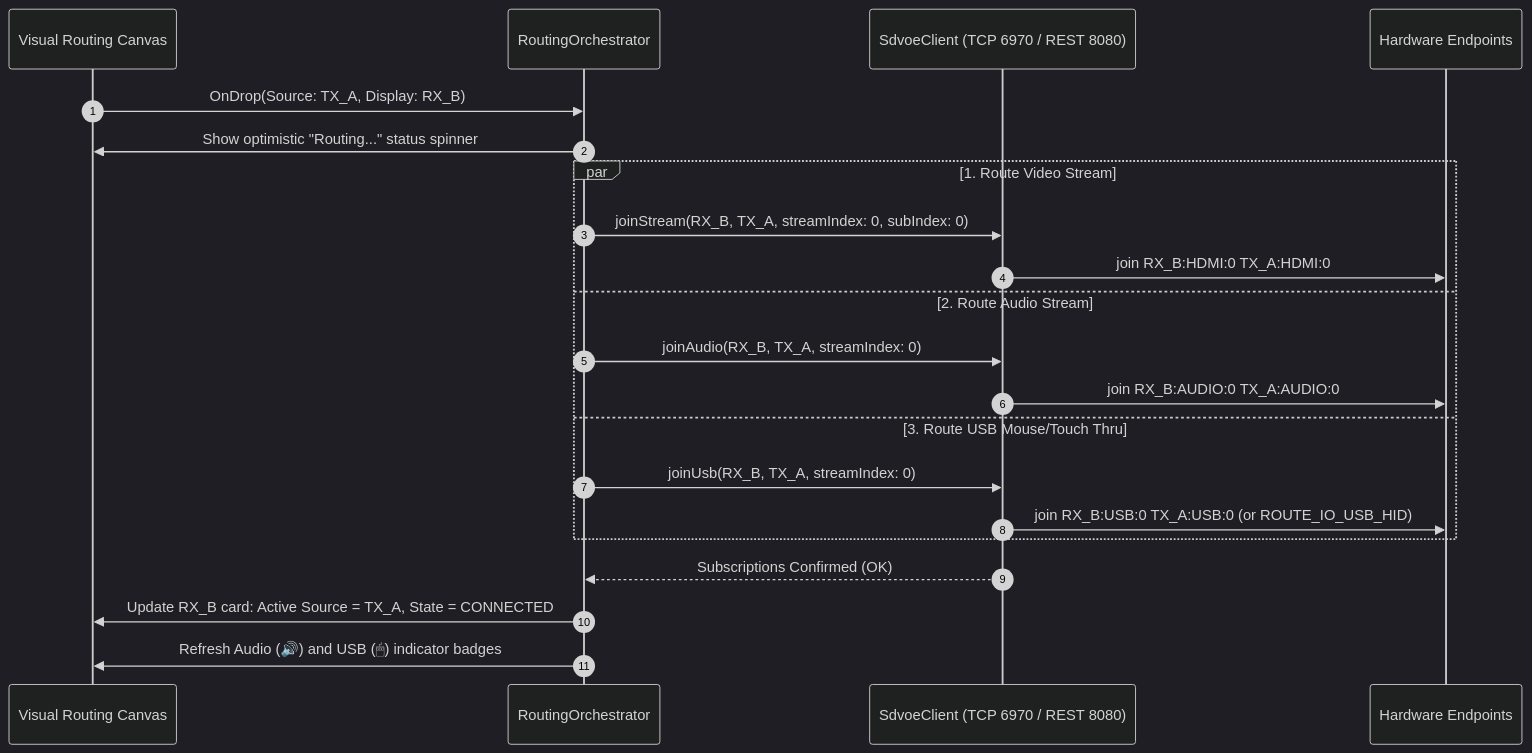
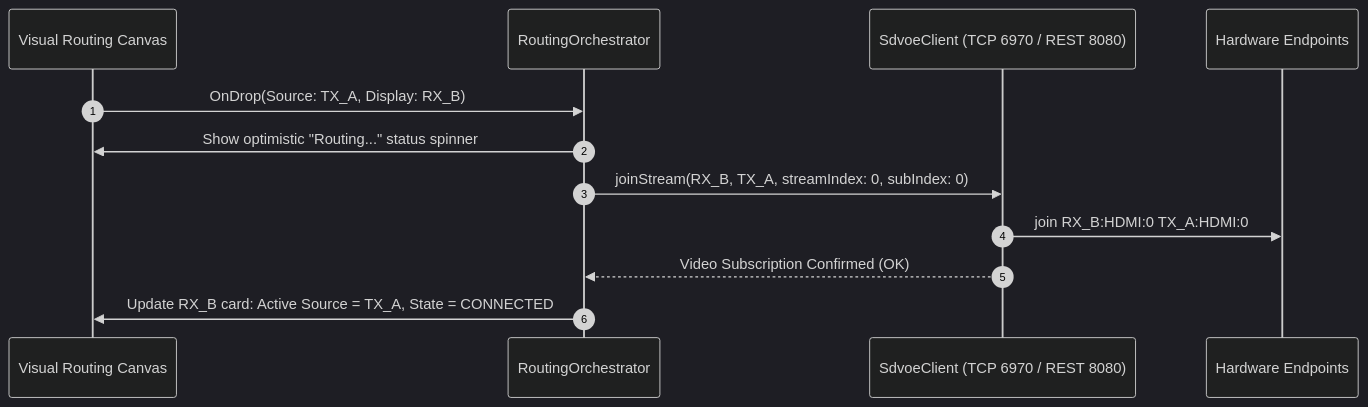
One commit to TheMarkL-Corp/AVAS-Routing-Tool changed the second of 2 diagrams in docs/superpowers/specs/2026-10-25-avas-routing-tool-design.md. Above: the diagram before and after it, drawn with Mermaid (dark theme). The commit also changed other lines of this file and 1 other file, not shown here.

Commit message:
docs: incorporate user refinements on BAVM URL config, synced IP, and video-only routing

````diff
--- a/docs/superpowers/specs/2026-10-25-avas-routing-tool-design.md
+++ b/docs/superpowers/specs/2026-10-25-avas-routing-tool-design.md
@@ -131,26 +133,17 @@
 ```mermaid
 sequenceDiagram
     autonumber
     participant UI as Visual Routing Canvas
     participant Router as RoutingOrchestrator
     participant SDVoE as SdvoeClient (TCP 6970 / REST 8080)
     participant HW as Hardware Endpoints
 
     UI->>Router: OnDrop(Source: TX_A, Display: RX_B)
     Router->>UI: Show optimistic "Routing..." status spinner
     
-    par 1. Route Video Stream
-        Router->>SDVoE: joinStream(RX_B, TX_A, streamIndex: 0, subIndex: 0)
-        SDVoE->>HW: join RX_B:HDMI:0 TX_A:HDMI:0
-    and 2. Route Audio Stream
-        Router->>SDVoE: joinAudio(RX_B, TX_A, streamIndex: 0)
-        SDVoE->>HW: join RX_B:AUDIO:0 TX_A:AUDIO:0
-    and 3. Route USB Mouse/Touch Thru
-        Router->>SDVoE: joinUsb(RX_B, TX_A, streamIndex: 0)
-        SDVoE->>HW: join RX_B:USB:0 TX_A:USB:0 (or ROUTE_IO_USB_HID)
-    end
+    Router->>SDVoE: joinStream(RX_B, TX_A, streamIndex: 0, subIndex: 0)
+    SDVoE->>HW: join RX_B:HDMI:0 TX_A:HDMI:0
 
-    SDVoE-->>Router: Subscriptions Confirmed (OK)
+    SDVoE-->>Router: Video Subscription Confirmed (OK)
     Router->>UI: Update RX_B card: Active Source = TX_A, State = CONNECTED
-    Router->>UI: Refresh Audio (🔊) and USB (🖱) indicator badges
 ```
````
